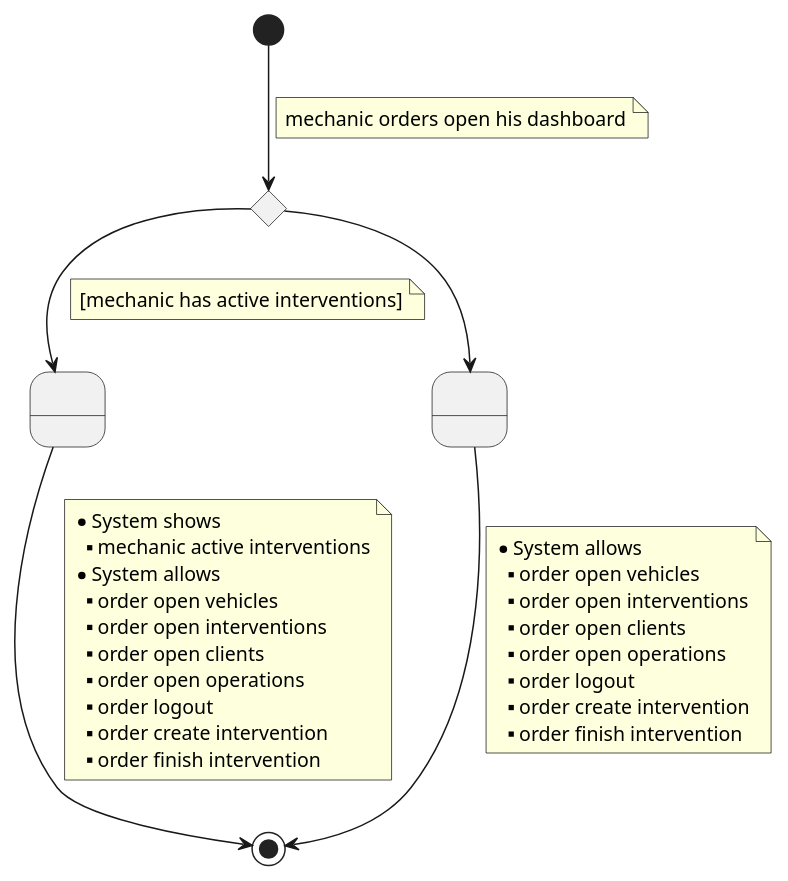
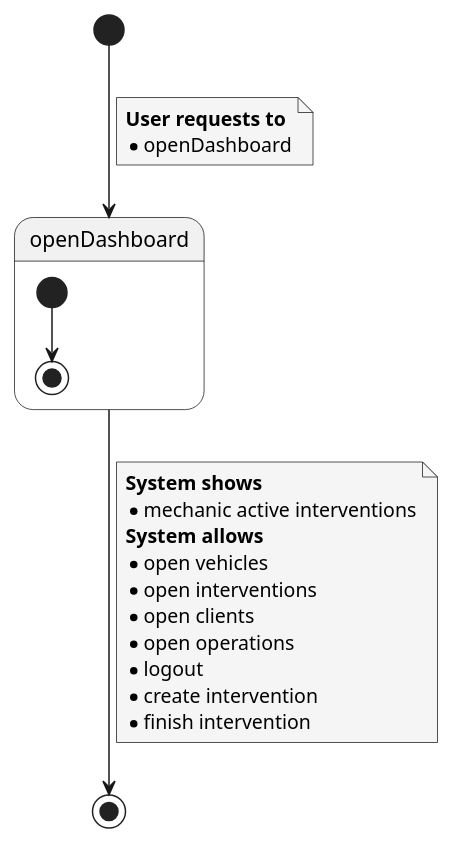
One commit to Ruskab/agrimManager changed the diagram in documentation/1requiremets/usecases_specification/puml/openDashboard.puml. Above: the diagram before and after it, drawn with PlantUML. The commit also changed 4 other files, not shown here.

```diff
--- a/documentation/1requiremets/usecases_specification/puml/openDashboard.puml
+++ b/documentation/1requiremets/usecases_specification/puml/openDashboard.puml
@@ -1,45 +1,33 @@
 @startuml
+skinparam {
+        NoteBackgroundColor #whiteSmoke
+}
 
-state 1 <<choice>>
-state 2 as " "
-state 4 as " "
-
-[*] --> 1
+[*] --> openDashboard
 note on link
-    mechanic orders open his dashboard
+<b>User requests to</b>
+* openDashboard
 end note
 
-1 --> 2
+state openDashboard {
+
+[*] --> [*]
+
+
+}
+
+openDashboard --> [*]
 note on link
-    [mechanic has active interventions]
-end note
-
-1 --> 4
-
-4 --> [*]
-note on link
-    * System allows
-    ** order open vehicles
-    ** order open interventions
-    ** order open clients
-    ** order open operations
-    ** order logout
-    ** order create intervention
-    ** order finish intervention
-end note
-
-2 --> [*]
-note on link
-    * System shows
-    ** mechanic active interventions
-    * System allows
-    ** order open vehicles
-    ** order open interventions
-    ** order open clients
-    ** order open operations
-    ** order logout
-    ** order create intervention
-    ** order finish intervention
+<b>System shows
+* mechanic active interventions
+<b>System allows
+* open vehicles
+* open interventions
+* open clients
+* open operations
+* logout
+* create intervention
+* finish intervention
 end note
 
 @enduml
```
